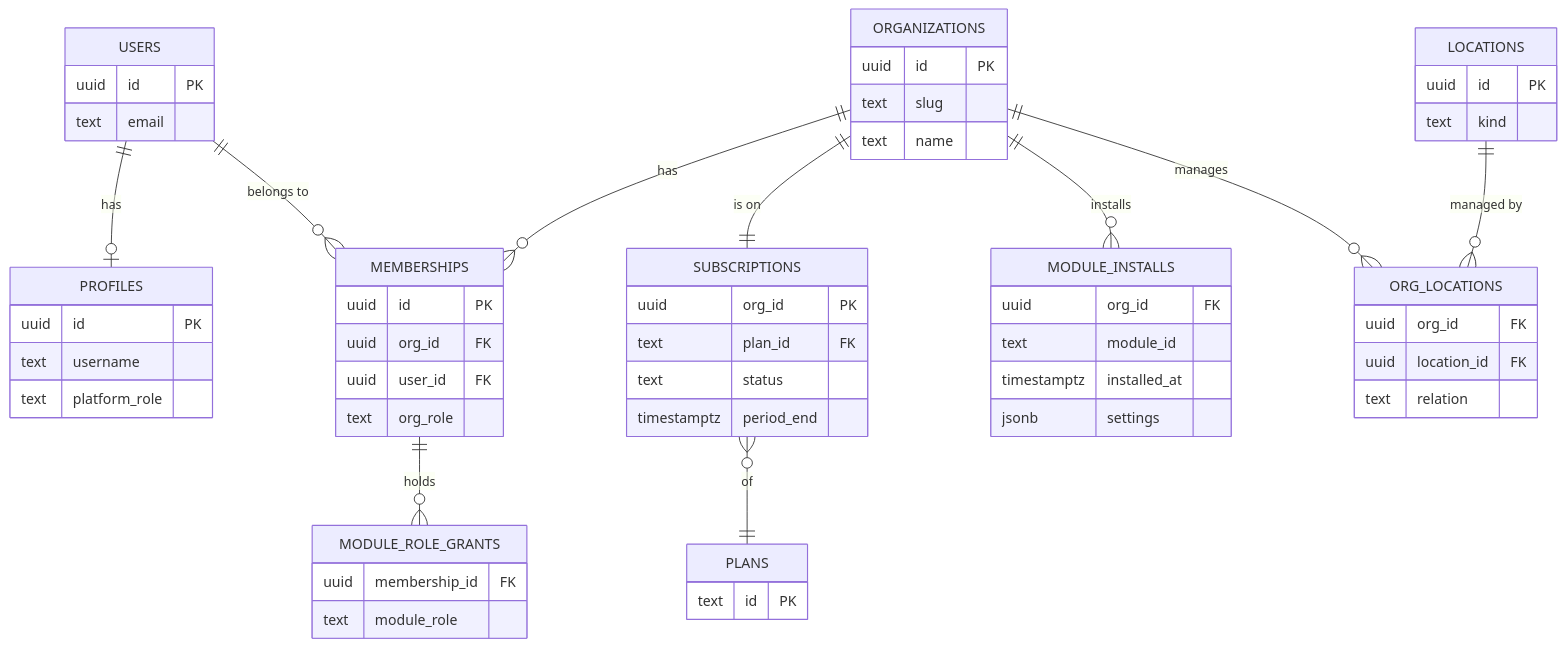
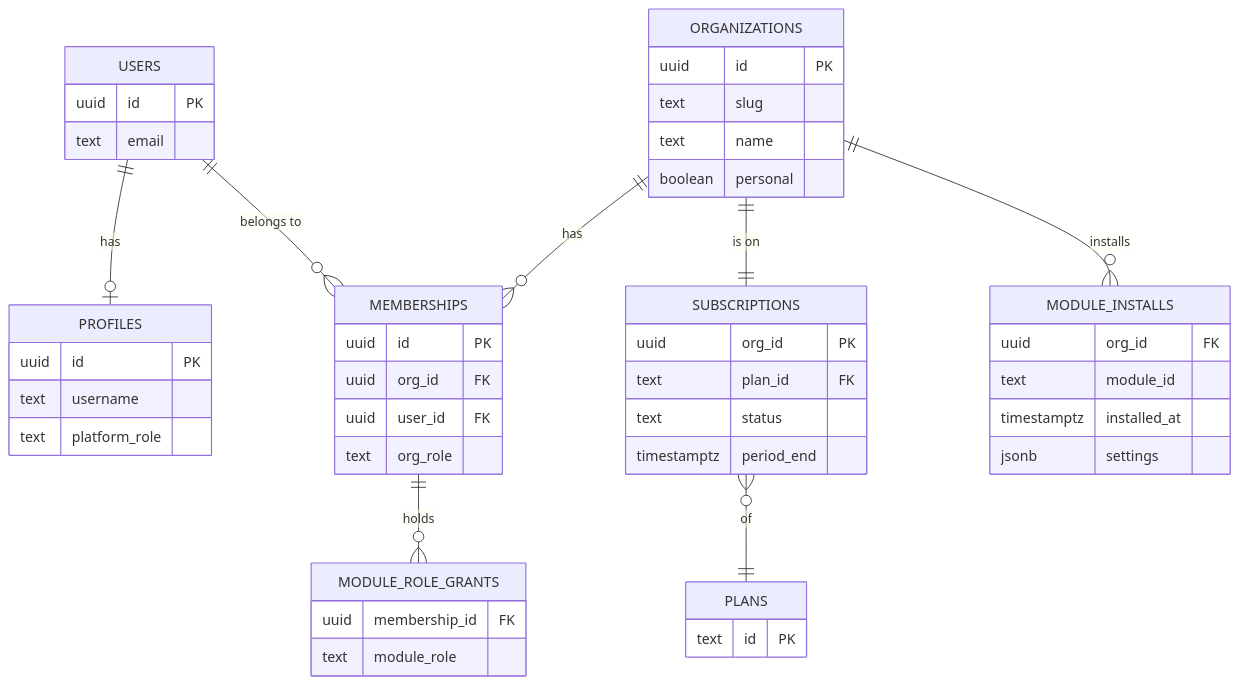
One commit to riechert-arthur/pokefindr changed the fifth of 9 diagrams in docs/architecture.md. Above: the diagram before and after it, drawn with Mermaid. The commit also changed other lines of this file, not shown here.

First line of the commit message:
Architecture: organizations can be anyone; plans bundle modules

````diff
--- a/docs/architecture.md
+++ b/docs/architecture.md
@@ -293,61 +296,51 @@
 ```mermaid
 erDiagram
   USERS ||--o| PROFILES : has
   USERS ||--o{ MEMBERSHIPS : "belongs to"
   ORGANIZATIONS ||--o{ MEMBERSHIPS : has
   ORGANIZATIONS ||--|| SUBSCRIPTIONS : "is on"
   SUBSCRIPTIONS }o--|| PLANS : "of"
   ORGANIZATIONS ||--o{ MODULE_INSTALLS : installs
   MEMBERSHIPS ||--o{ MODULE_ROLE_GRANTS : holds
-  ORGANIZATIONS ||--o{ ORG_LOCATIONS : manages
-  LOCATIONS ||--o{ ORG_LOCATIONS : "managed by"
 
   USERS {
     uuid id PK
     text email
   }
   PROFILES {
     uuid id PK
     text username
     text platform_role
   }
   ORGANIZATIONS {
     uuid id PK
     text slug
     text name
+    boolean personal
   }
   MEMBERSHIPS {
     uuid id PK
     uuid org_id FK
     uuid user_id FK
     text org_role
   }
   PLANS {
     text id PK
   }
   SUBSCRIPTIONS {
     uuid org_id PK
     text plan_id FK
     text status
     timestamptz period_end
   }
   MODULE_INSTALLS {
     uuid org_id FK
     text module_id
     timestamptz installed_at
     jsonb settings
   }
   MODULE_ROLE_GRANTS {
     uuid membership_id FK
     text module_role
   }
-  ORG_LOCATIONS {
-    uuid org_id FK
-    uuid location_id FK
-    text relation
-  }
-  LOCATIONS {
-    uuid id PK
-    text kind
-  }
 ```
````
